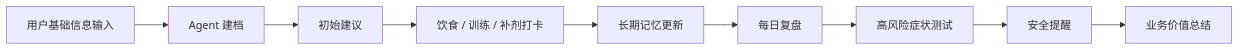
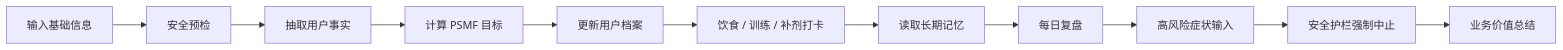
One commit to xli561980-ship-it/psmf-agent changed the second of 2 diagrams in README.md. Above: the diagram before and after it, drawn with Mermaid. The commit also changed other lines of this file and 3 other files, not shown here.

````diff
--- a/README.md
+++ b/README.md
@@ -176,11 +182,13 @@
 ```mermaid
 flowchart LR
-    A["用户基础信息输入"] --> B["Agent 建档"]
-    B --> C["初始建议"]
-    C --> D["饮食 / 训练 / 补剂打卡"]
-    D --> E["长期记忆更新"]
-    E --> F["每日复盘"]
-    F --> G["高风险症状测试"]
-    G --> H["安全提醒"]
-    H --> I["业务价值总结"]
+    A["输入基础信息"] --> B["安全预检"]
+    B --> C["抽取用户事实"]
+    C --> D["计算 PSMF 目标"]
+    D --> E["更新用户档案"]
+    E --> F["饮食 / 训练 / 补剂打卡"]
+    F --> G["读取长期记忆"]
+    G --> H["每日复盘"]
+    H --> I["高风险症状输入"]
+    I --> J["安全护栏强制中止"]
+    J --> K["业务价值总结"]
 ```
````
